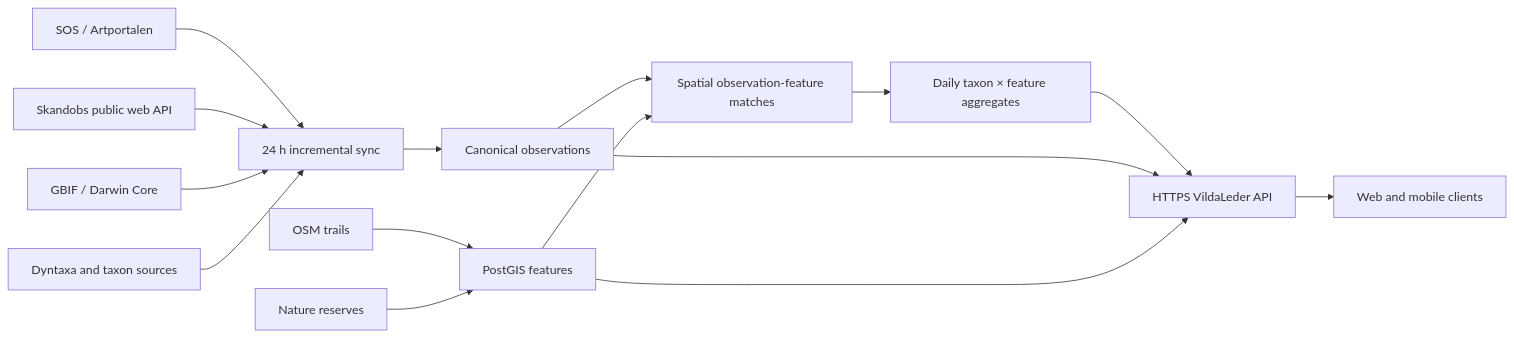
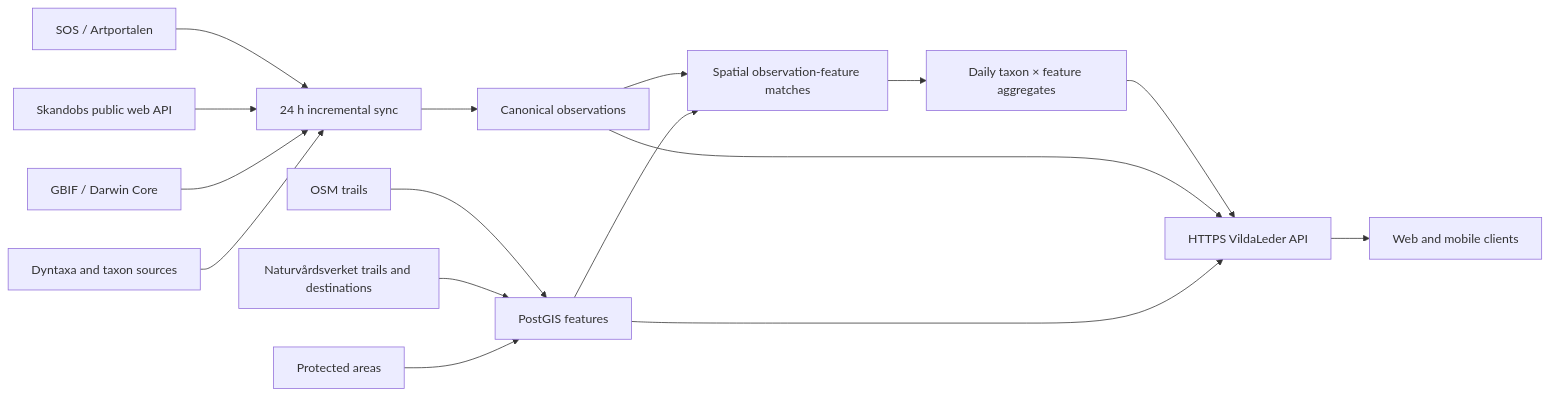
Before and after one commit to JakubPelka/VildaLeder: the diagram in docs/architecture/postgis-data-platform.md, drawn with Mermaid. The commit also changed other lines of this file and 18 other files, not shown here.

Commit message:
feat: add seasonality and nature destinations

````diff
--- a/docs/architecture/postgis-data-platform.md
+++ b/docs/architecture/postgis-data-platform.md
@@ -18,17 +18,18 @@
 ```mermaid
 flowchart LR
     SOS[SOS / Artportalen] --> Sync[24 h incremental sync]
     Skandobs[Skandobs public web API] --> Sync
     GBIF[GBIF / Darwin Core] --> Sync
     Taxonomy[Dyntaxa and taxon sources] --> Sync
     OSM[OSM trails] --> Spatial[PostGIS features]
-    Reserves[Nature reserves] --> Spatial
+    NVL[Naturvårdsverket trails and destinations] --> Spatial
+    Reserves[Protected areas] --> Spatial
     Sync --> Obs[Canonical observations]
     Obs --> Match[Spatial observation-feature matches]
     Spatial --> Match
     Match --> Daily[Daily taxon × feature aggregates]
     Daily --> API[HTTPS VildaLeder API]
     Obs --> API
     Spatial --> API
     API --> Web[Web and mobile clients]
 ```
````
